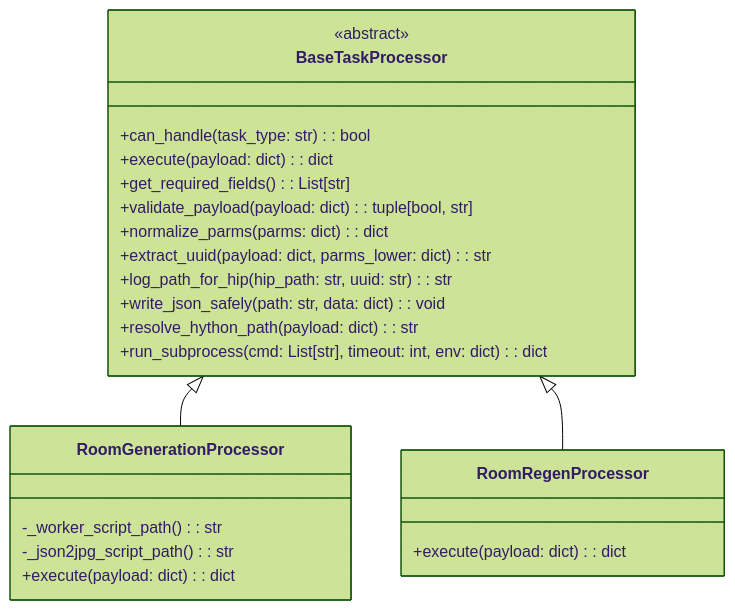
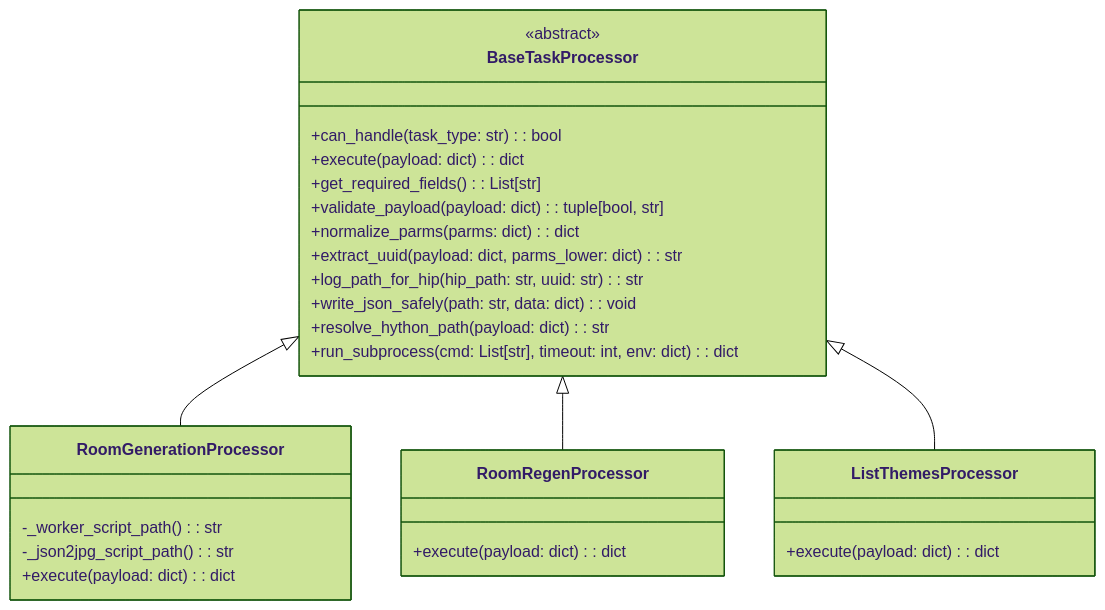
One commit to NTOM/piskel2Houdini changed the eighth of 9 diagrams in Houdini后端服务架构笔记.md. Above: the diagram before and after it, drawn with Mermaid (forest theme). The commit also changed other lines of this file and 2 other files, not shown here.

````diff
--- a/Houdini后端服务架构笔记.md
+++ b/Houdini后端服务架构笔记.md
@@ -509,29 +542,34 @@
 ```mermaid
 classDiagram
     class BaseTaskProcessor {
         <<abstract>>
         +can_handle(task_type: str): bool
         +execute(payload: dict): dict
         +get_required_fields(): List[str]
         +validate_payload(payload: dict): tuple[bool, str]
         +normalize_parms(parms: dict): dict
         +extract_uuid(payload: dict, parms_lower: dict): str
         +log_path_for_hip(hip_path: str, uuid: str): str
         +write_json_safely(path: str, data: dict): void
         +resolve_hython_path(payload: dict): str
         +run_subprocess(cmd: List[str], timeout: int, env: dict): dict
     }
     
     class RoomGenerationProcessor {
         -_worker_script_path(): str
         -_json2jpg_script_path(): str
         +execute(payload: dict): dict
     }
     
     class RoomRegenProcessor {
         +execute(payload: dict): dict
     }
     
+    class ListThemesProcessor {
+        +execute(payload: dict): dict
+    }
+    
     BaseTaskProcessor <|-- RoomGenerationProcessor
     BaseTaskProcessor <|-- RoomRegenProcessor
+    BaseTaskProcessor <|-- ListThemesProcessor
 ```
````
